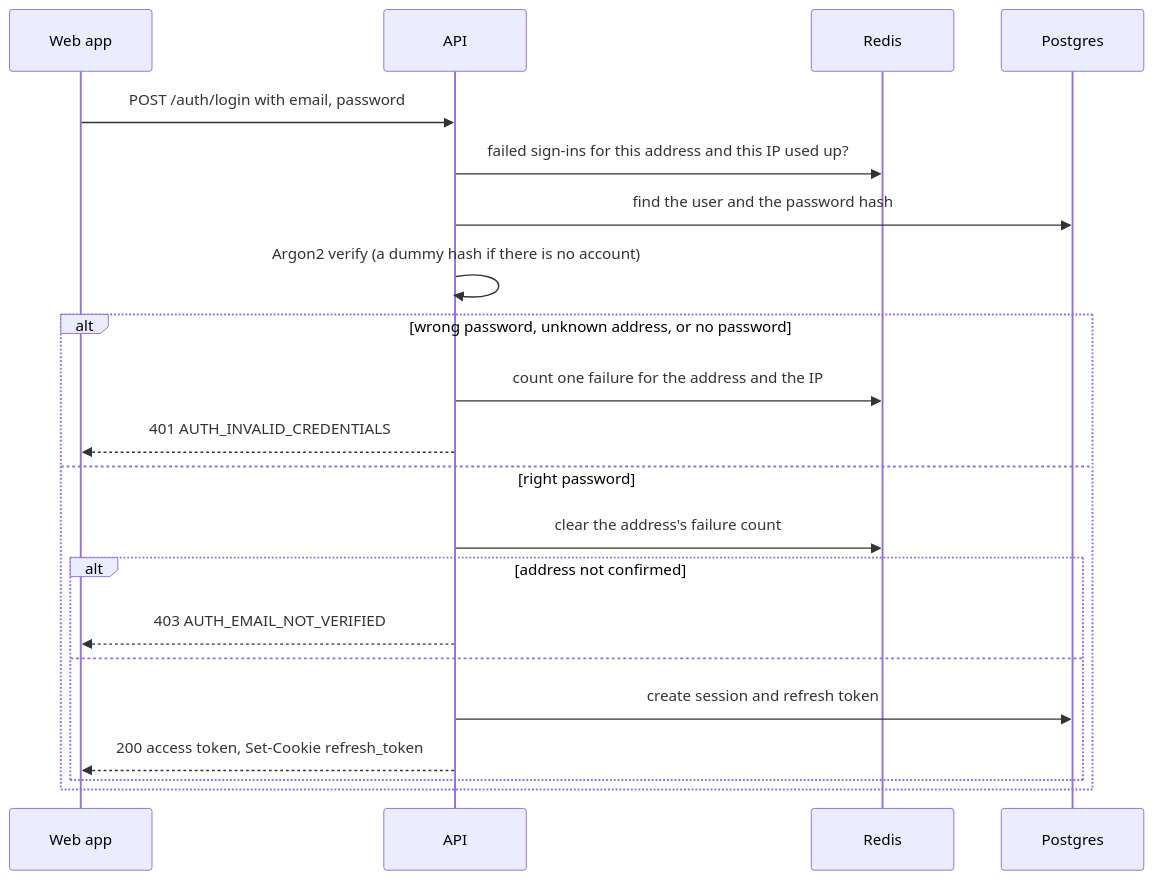
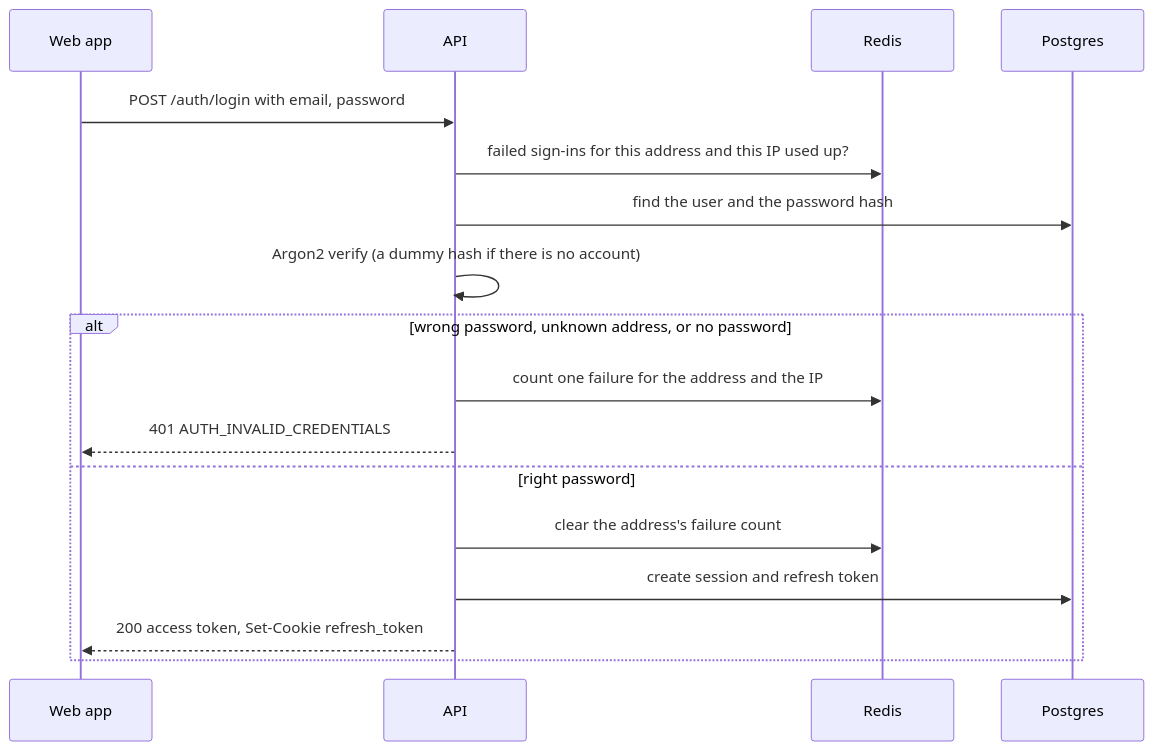
One commit to StoriuSs/NezFocus-Backend changed the second of 10 diagrams in docs/auth/flows.md. Above: the diagram before and after it, drawn with Mermaid. The commit also changed other lines of this file and 143 other files, not shown here.

First line of the commit message:
feat(auth): codes by email for sign-up and sign-in (L6)

````diff
--- a/docs/auth/flows.md
+++ b/docs/auth/flows.md
@@ -163,23 +134,19 @@
 ```mermaid
 sequenceDiagram
     participant W as Web app
     participant A as API
     participant R as Redis
     participant P as Postgres
     W->>A: POST /auth/login with email, password
     A->>R: failed sign-ins for this address and this IP used up?
     A->>P: find the user and the password hash
     A->>A: Argon2 verify (a dummy hash if there is no account)
     alt wrong password, unknown address, or no password
         A->>R: count one failure for the address and the IP
         A-->>W: 401 AUTH_INVALID_CREDENTIALS
     else right password
         A->>R: clear the address's failure count
-        alt address not confirmed
-            A-->>W: 403 AUTH_EMAIL_NOT_VERIFIED
-        else
-            A->>P: create session and refresh token
-            A-->>W: 200 access token, Set-Cookie refresh_token
-        end
+        A->>P: create session and refresh token
+        A-->>W: 200 access token, Set-Cookie refresh_token
     end
 ```
````
